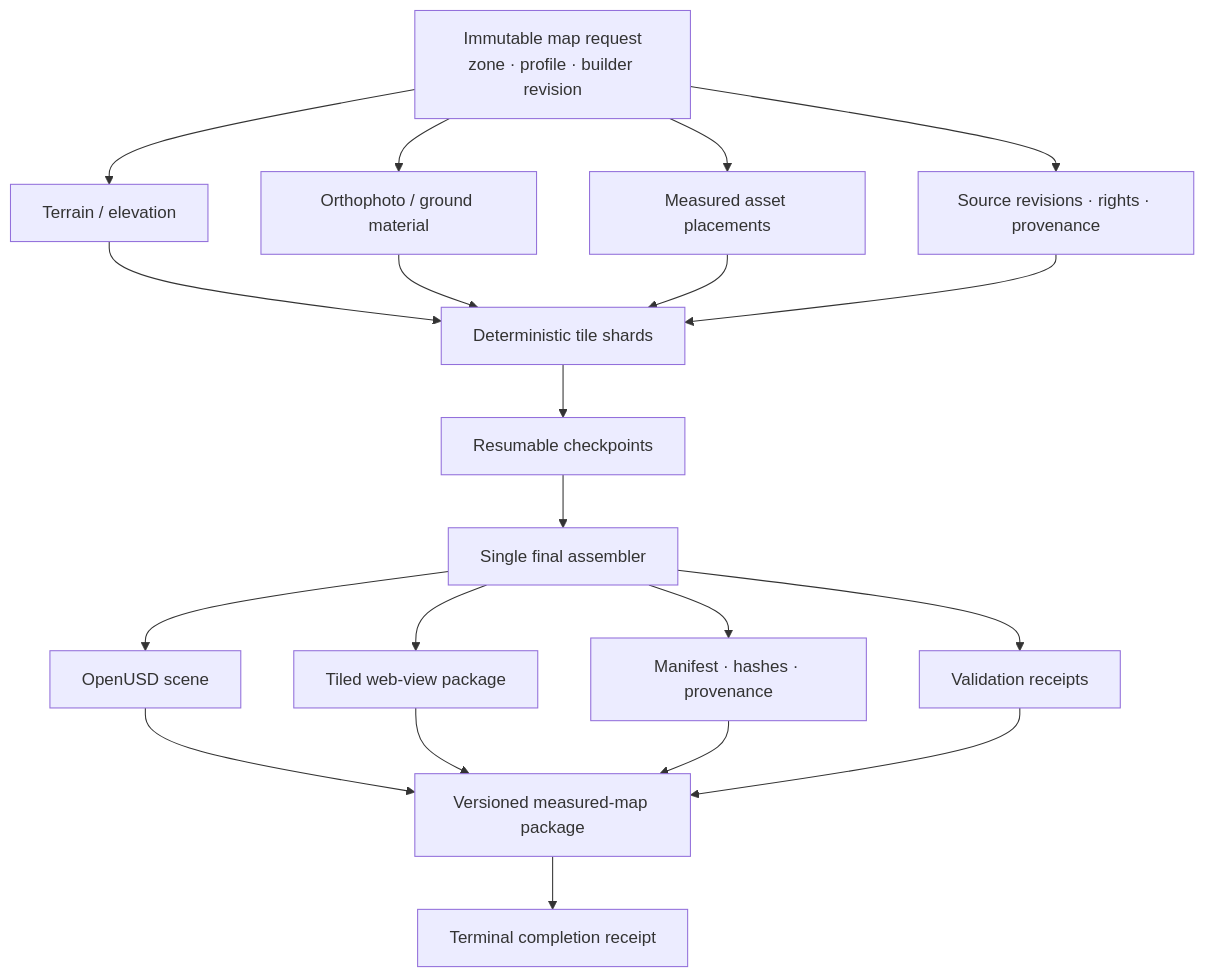
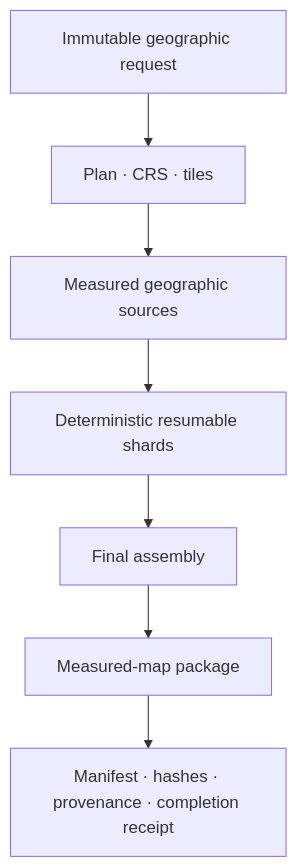
Before and after one commit to fireviewer/Fireviewer_doc: the diagram in docs/public/MAP_BUILDER.md, drawn with Mermaid. The commit also changed other lines of this file, not shown here.

Commit message:
Remove obsolete Map Builder paths and document the UWD boundary

````diff
--- a/docs/public/MAP_BUILDER.md
+++ b/docs/public/MAP_BUILDER.md
@@ -13,29 +48,9 @@
 ```mermaid
 flowchart TB
-    REQUEST["Immutable map request<br/>zone · profile · builder revision"]
-
-    REQUEST --> TERRAIN["Terrain / elevation"]
-    REQUEST --> GROUND["Orthophoto / ground material"]
-    REQUEST --> ASSETS["Measured asset placements"]
-    REQUEST --> SOURCE["Source revisions · rights · provenance"]
-
-    TERRAIN --> SHARDS["Deterministic tile shards"]
-    GROUND --> SHARDS
-    ASSETS --> SHARDS
-    SOURCE --> SHARDS
-
-    SHARDS --> CHECKPOINTS["Resumable checkpoints"]
-    CHECKPOINTS --> ASSEMBLER["Single final assembler"]
-
-    ASSEMBLER --> USD["OpenUSD scene"]
-    ASSEMBLER --> VIEWER["Tiled web-view package"]
-    ASSEMBLER --> MANIFEST["Manifest · hashes · provenance"]
-    ASSEMBLER --> VALIDATION["Validation receipts"]
-
-    USD --> PACKAGE["Versioned measured-map package"]
-    VIEWER --> PACKAGE
-    MANIFEST --> PACKAGE
-    VALIDATION --> PACKAGE
-
-    PACKAGE --> RECEIPT["Terminal completion receipt"]
+    REQUEST["Immutable geographic request"] --> PLAN["Plan · CRS · tiles"]
+    PLAN --> SOURCES["Measured geographic sources"]
+    SOURCES --> SHARDS["Deterministic resumable shards"]
+    SHARDS --> ASSEMBLY["Final assembly"]
+    ASSEMBLY --> PACKAGE["Measured-map package"]
+    PACKAGE --> RECEIPT["Manifest · hashes · provenance · completion receipt"]
 ```
````
